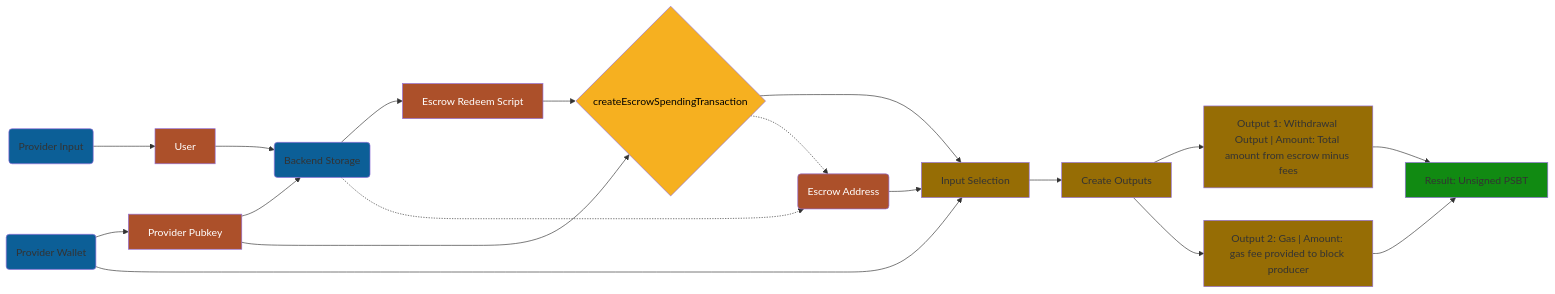
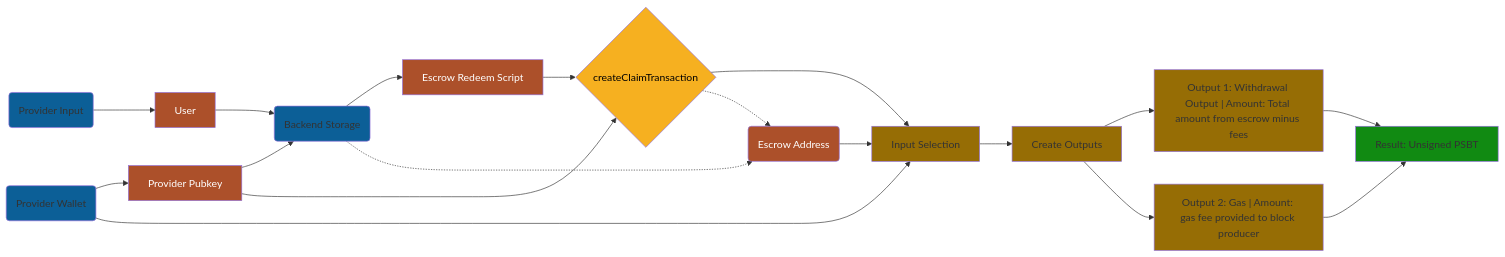
The second of 4 diagrams in spec/v0/user-stories.md (sundial-protocol/btc-locker), drawn with Mermaid before and after one commit. The commit also changed other lines of this file and 21 other files, not shown here.

````diff
--- a/spec/v0/user-stories.md
+++ b/spec/v0/user-stories.md
@@ -113,37 +113,37 @@
 ```mermaid
 flowchart LR
     Input(Provider Input) --> User
     Wallet(Provider Wallet) --> PKH[Provider Pubkey]
 
     PKH --> Backend(Backend Storage)
-    PKH --> MkTx{createEscrowSpendingTransaction}
+    PKH --> MkTx{createClaimTransaction}
     User --> Backend
 
     Backend --> RedeemScript[Escrow Redeem Script]
     Backend -.-> EscrowAddress(Escrow Address)
     RedeemScript --> MkTx
 
     MkTx --> Selection[Input Selection]
     MkTx -.-> EscrowAddress
     EscrowAddress --> Selection
     Wallet --> Selection
     Selection --> Creation[Create Outputs]
 
     Creation --> O1["Output 1: Withdrawal Output | Amount: Total amount from escrow minus fees"]
     Creation --> O2["Output 2: Gas | Amount: gas fee provided to block producer"]
 
     O1 --> Result[Result: Unsigned PSBT]
     O2 --> Result
 
     classDef actor fill:#0c5f97
     classDef methodStep fill:#966D05
     classDef result fill:#118a12
     classDef input fill:#ac502a,color:#fff
     classDef method fill:#F6B020,color:#000
 
     class Wallet,Input,Backend actor
     class Selection,Creation,O1,O2 methodStep
     class Result result
     class MkTx method
     class PKH,User,RedeemScript,EscrowAddress input
 ```
````
